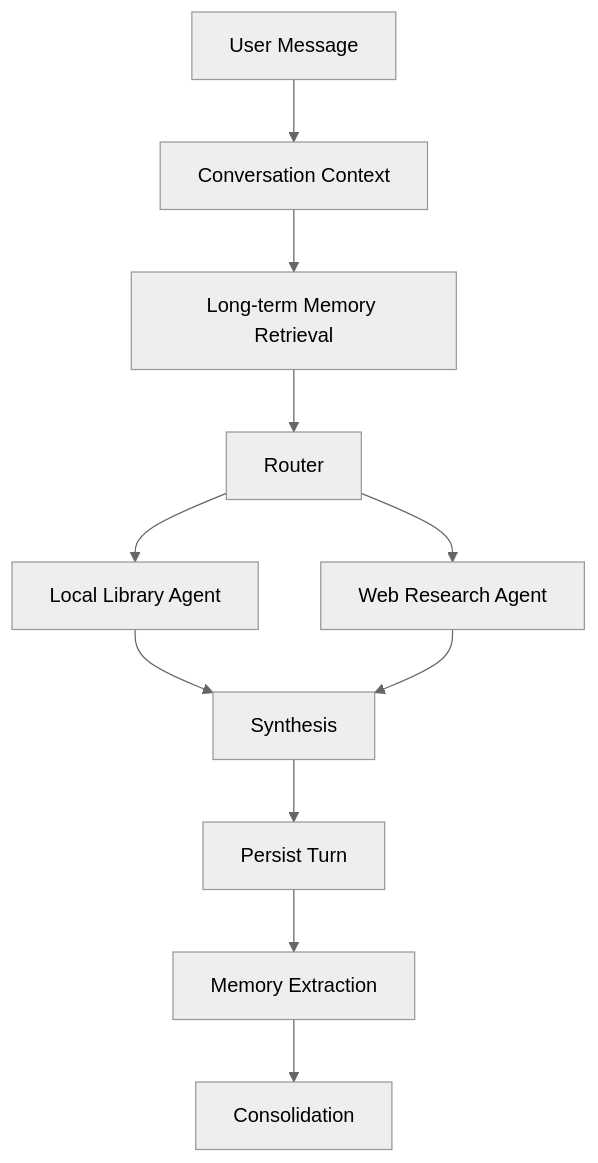
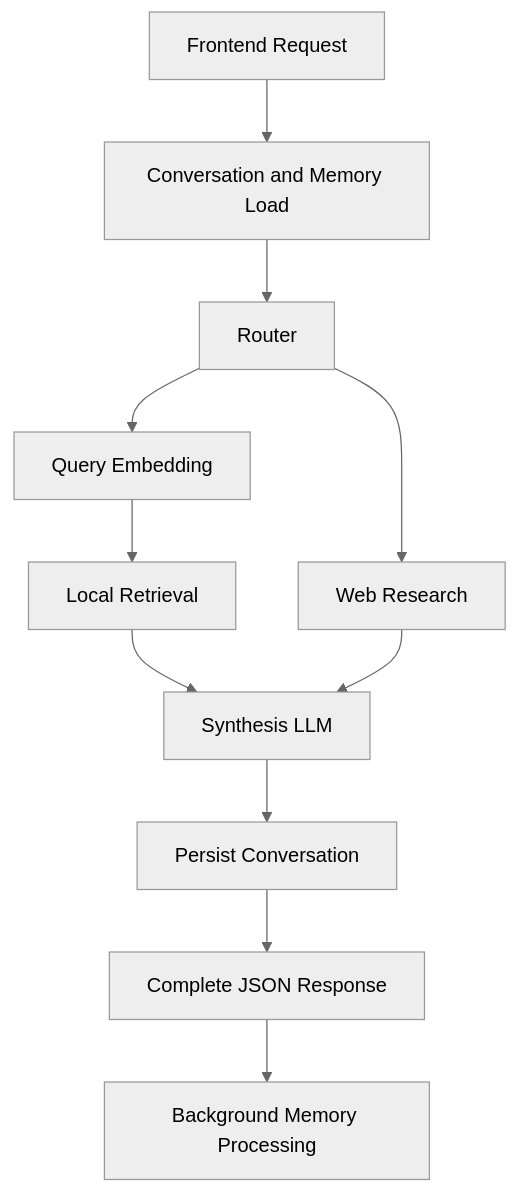
Before and after one commit to VanGogh-7/Personal_Learning_Agent: the diagram in README.md, drawn with Mermaid (neutral theme). The commit also changed other lines of this file and 30 other files, not shown here.

````diff
--- a/README.md
+++ b/README.md
@@ -78,13 +78,13 @@
 ```mermaid
 flowchart TD
-    A[User Message] --> B[Conversation Context]
-    B --> C[Long-term Memory Retrieval]
-    C --> D[Router]
-    D --> E[Local Library Agent]
-    D --> F[Web Research Agent]
-    E --> G[Synthesis]
+    A[Frontend Request] --> B[Conversation and Memory Load]
+    B --> C[Router]
+    C --> D[Query Embedding]
+    D --> E[Local Retrieval]
+    C --> F[Web Research]
+    E --> G[Synthesis LLM]
     F --> G
-    G --> H[Persist Turn]
-    H --> I[Memory Extraction]
-    I --> J[Consolidation]
+    G --> H[Persist Conversation]
+    H --> I[Complete JSON Response]
+    I --> J[Background Memory Processing]
 ```
````
